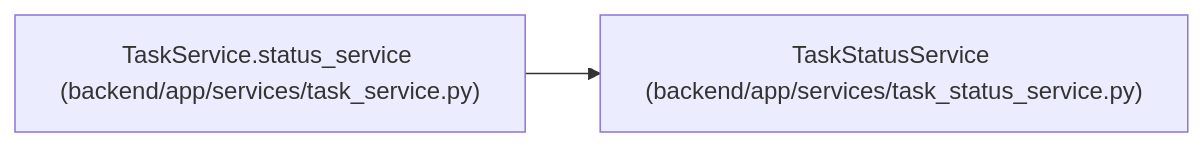
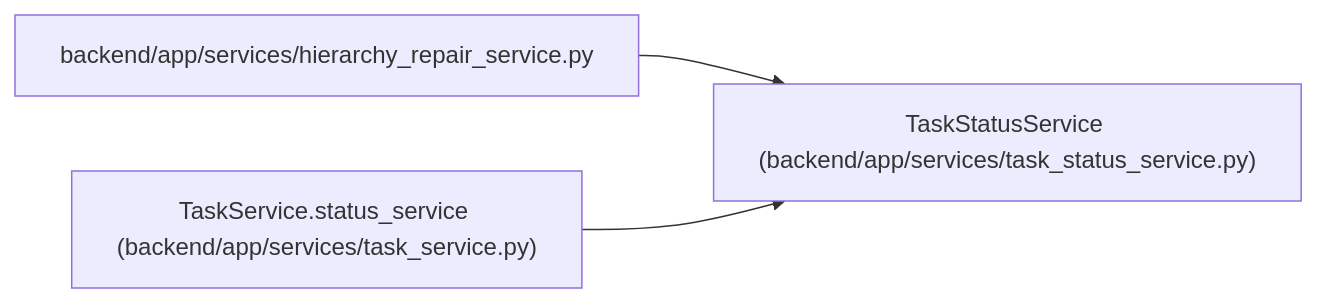
The diagram in docs/llm_wiki/entities/TaskStatusService.md (Denissvgn/WorkChord), drawn with Mermaid before and after one commit. The commit also changed other lines of this file and 958 other files, not shown here.

First line of the commit message:
docs(wiki): refresh identity and recovery architecture

````diff
--- a/docs/llm_wiki/entities/TaskStatusService.md
+++ b/docs/llm_wiki/entities/TaskStatusService.md
@@ -34,8 +36,11 @@
 ```mermaid
 flowchart LR
     n0["TaskStatusService (backend/app/services/task_status_service.py)"]
-    n1["TaskService.status_service (backend/app/services/task_service.py)"]
+    n1["backend/app/services/hierarchy_repair_service.py"]
+    n2["TaskService.status_service (backend/app/services/task_service.py)"]
     n1 --> n0
+    n2 --> n0
     click n0 "../modules/task_status_service.md"
-    click n1 "../modules/task_service.md"
+    click n1 "../modules/hierarchy_repair_service.md"
+    click n2 "../modules/task_service.md"
 ```
````
